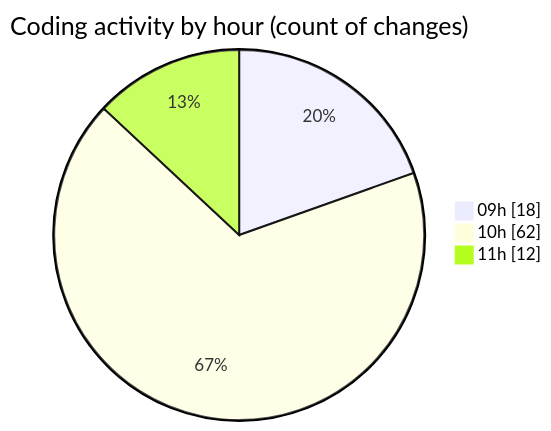
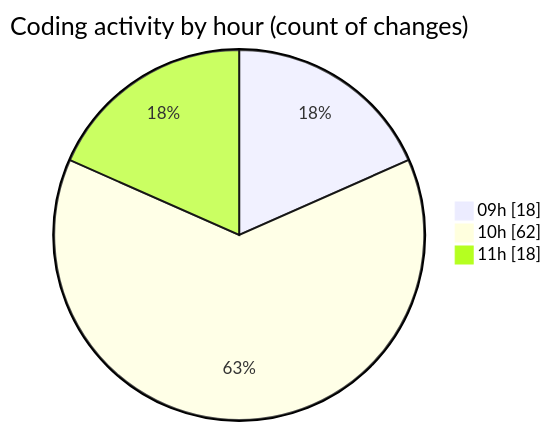
Before and after one commit to momahboobian/code-tracking: the second of 2 diagrams in 2025-07-01/cda/README.md, drawn with Mermaid. The commit also changed other lines of this file and 1 other file, not shown here.

````diff
--- a/2025-07-01/cda/README.md
+++ b/2025-07-01/cda/README.md
@@ -40,7 +40,7 @@
 ```mermaid
 pie showData
 title Coding activity by hour (count of changes)
 "09h" : 18
 "10h" : 62
-"11h" : 12
+"11h" : 18
 ```
````
